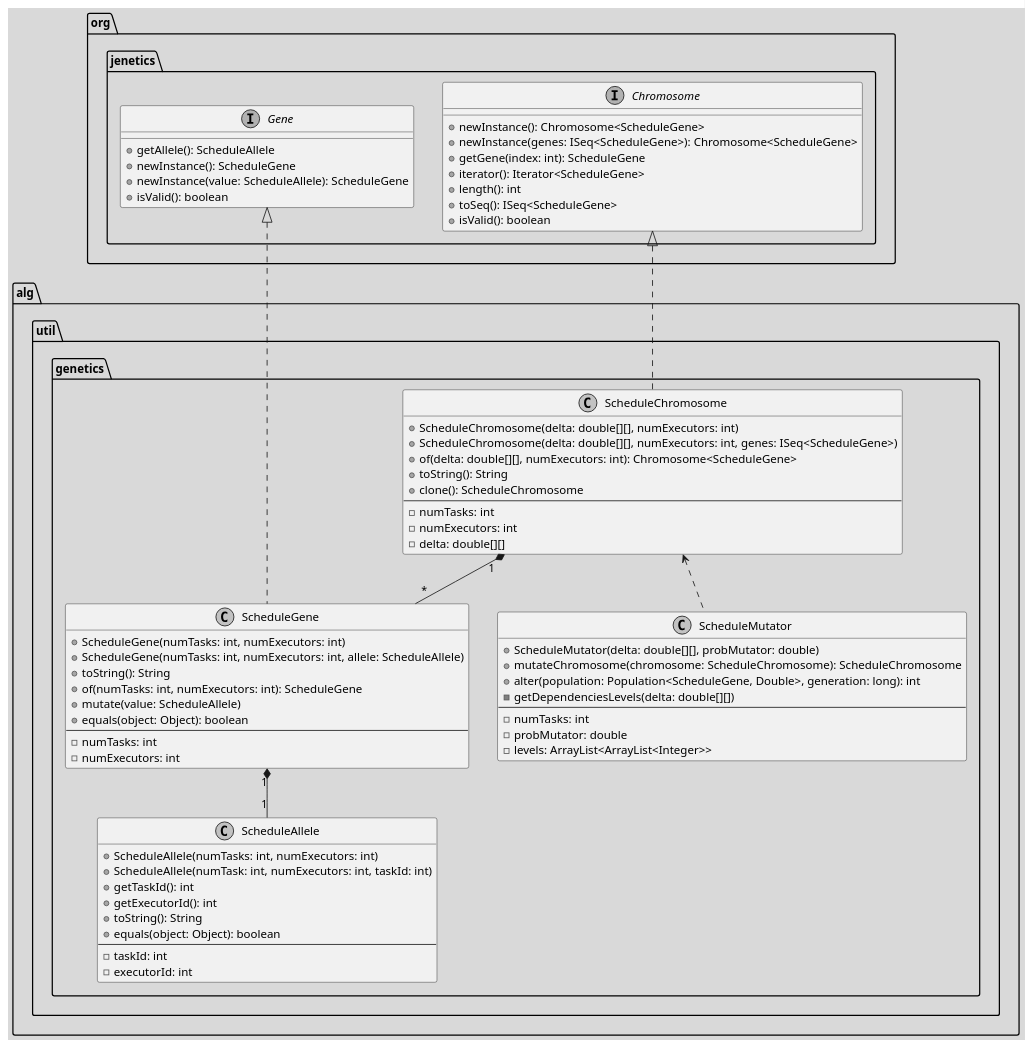
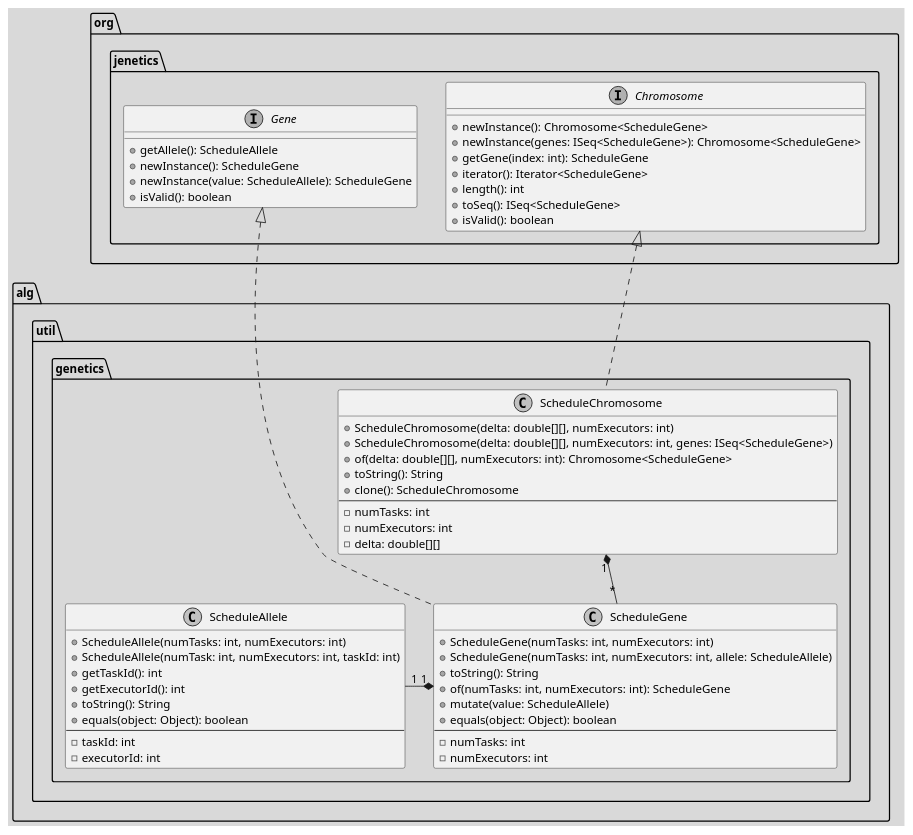
The second of 7 diagrams in docs/source/arch/overview.rst (pjcuadra/galob), drawn with PlantUML before and after one commit. The commit also changed other lines of this file and 2 other files, not shown here.

Commit message:
chg: dev: Update Architecture overview and fix some visibility issues

```diff
--- a/docs/source/arch/overview.rst
+++ b/docs/source/arch/overview.rst
@@ -82,20 +103,8 @@
       - numExecutors: int
     }
 
-    class ScheduleMutator {
-      + ScheduleMutator(delta: double[][], probMutator: double)
-      + mutateChromosome(chromosome: ScheduleChromosome): ScheduleChromosome
-      + alter(population: Population<ScheduleGene, Double>, generation: long): int
-      - getDependenciesLevels(delta: double[][])
-      --
-      - numTasks: int
-      - probMutator: double
-      - levels: ArrayList<ArrayList<Integer>>
-    }
-
     ScheduleChromosome "1"*--"*" ScheduleGene
-    ScheduleGene "1"*-down-"1" ScheduleAllele
-    ScheduleMutator .up.> ScheduleChromosome
+    ScheduleGene "1"*-left-"1" ScheduleAllele
 
   }
 
@@ -117,7 +126,6 @@
       + isValid(): boolean
     }
 
-
   }
 
   Chromosome <|.. ScheduleChromosome
```
